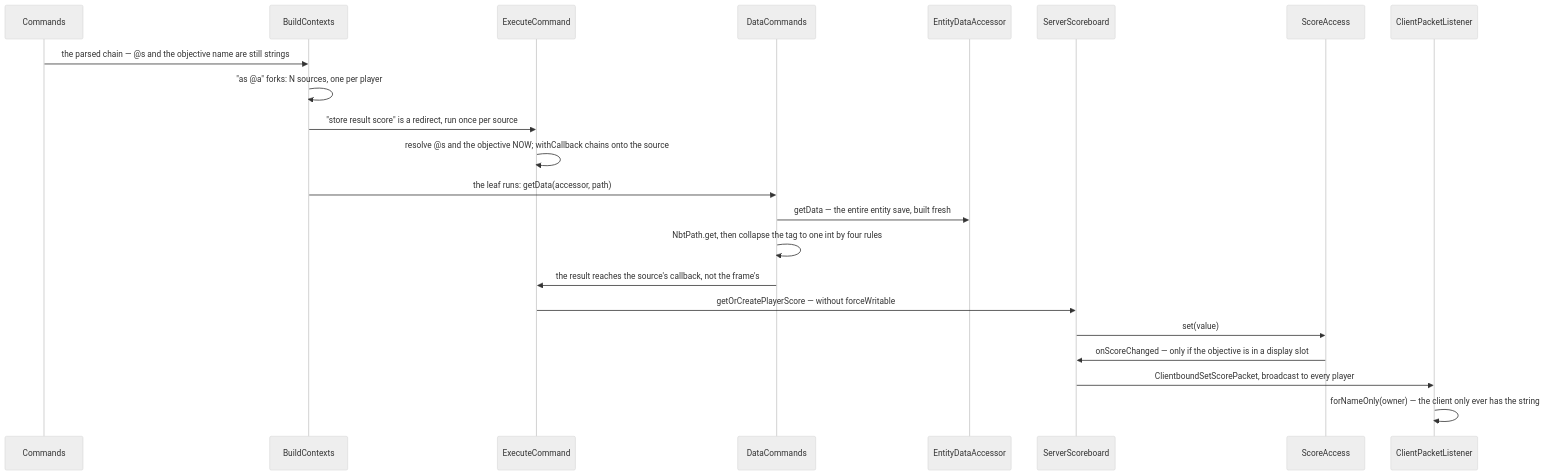
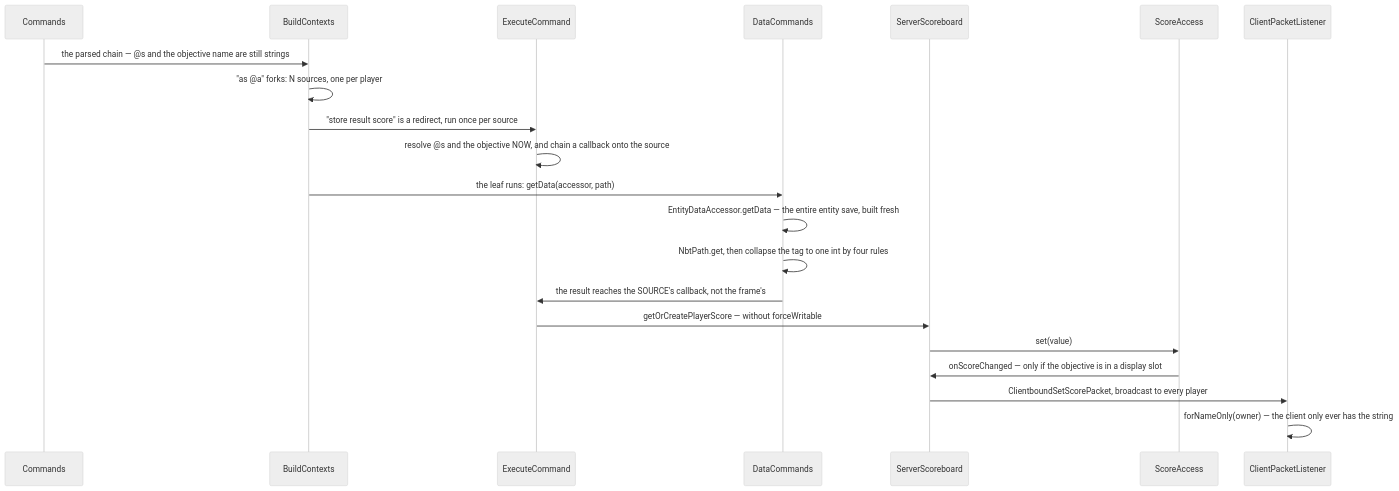
One commit to AlexanderjFraser/MinecraftDocs changed the diagram in src/systems/commands/scoreboard-and-data.md. Above: the diagram before and after it, drawn with Mermaid (neutral theme). The commit also changed other lines of this file and 23 other files, not shown here.

````diff
--- a/src/systems/commands/scoreboard-and-data.md
+++ b/src/systems/commands/scoreboard-and-data.md
@@ -138,25 +61,24 @@
 ```mermaid
 sequenceDiagram
-    participant C as Commands
+    participant Cmds as Commands
     participant BC as BuildContexts
-    participant XC as ExecuteCommand
-    participant DC as DataCommands
-    participant EDA as EntityDataAccessor
+    participant ExecC as ExecuteCommand
+    participant DataC as DataCommands
     participant SS as ServerScoreboard
     participant SA as ScoreAccess
     participant CPL as ClientPacketListener
 
-    C->>BC: the parsed chain — @s and the objective name are still strings
+    Cmds->>BC: the parsed chain — @s and the objective name are still strings
     BC->>BC: "as @a" forks: N sources, one per player
-    BC->>XC: "store result score" is a redirect, run once per source
-    XC->>XC: resolve @s and the objective NOW#59; withCallback chains onto the source
-    BC->>DC: the leaf runs: getData(accessor, path)
-    DC->>EDA: getData — the entire entity save, built fresh
-    DC->>DC: NbtPath.get, then collapse the tag to one int by four rules
-    DC->>XC: the result reaches the source's callback, not the frame's
-    XC->>SS: getOrCreatePlayerScore — without forceWritable
+    BC->>ExecC: "store result score" is a redirect, run once per source
+    ExecC->>ExecC: resolve @s and the objective NOW, and chain a callback onto the source
+    BC->>DataC: the leaf runs: getData(accessor, path)
+    DataC->>DataC: EntityDataAccessor.getData — the entire entity save, built fresh
+    DataC->>DataC: NbtPath.get, then collapse the tag to one int by four rules
+    DataC->>ExecC: the result reaches the SOURCE's callback, not the frame's
+    ExecC->>SS: getOrCreatePlayerScore — without forceWritable
     SS->>SA: set(value)
     SA->>SS: onScoreChanged — only if the objective is in a display slot
     SS->>CPL: ClientboundSetScorePacket, broadcast to every player
     CPL->>CPL: forNameOnly(owner) — the client only ever has the string
 ```
````
